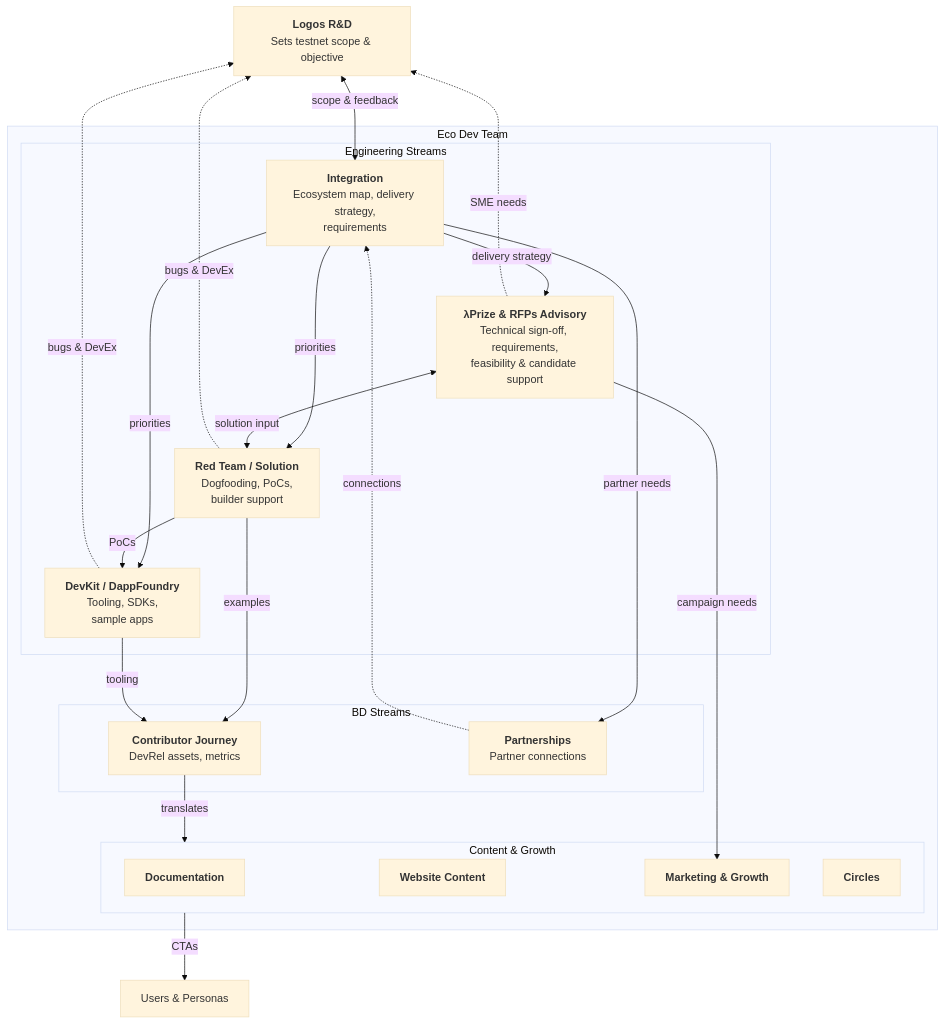
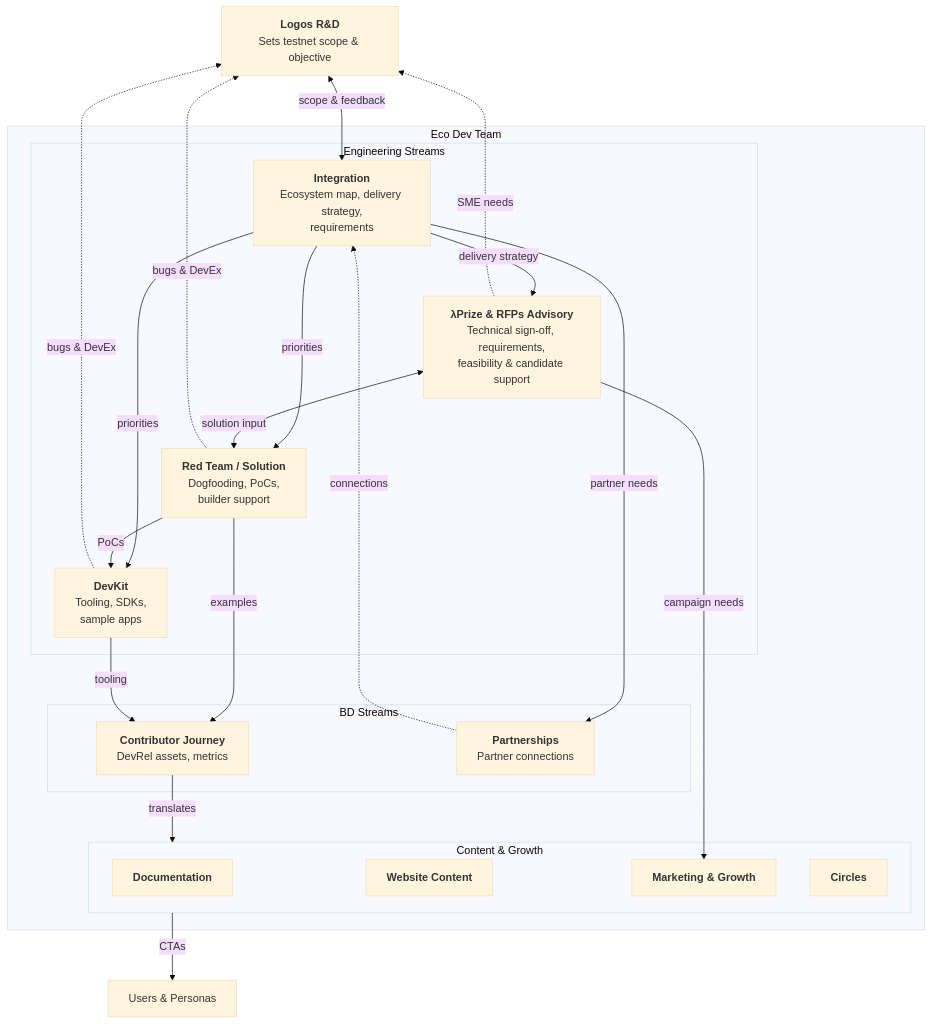
One commit to logos-co/ecosystem changed the second of 2 diagrams in content/index.md. Above: the diagram before and after it, drawn with Mermaid (base theme). The commit also changed other lines of this file and 4 other files, not shown here.

````diff
--- a/content/index.md
+++ b/content/index.md
@@ -197,39 +197,39 @@
 ```mermaid
 flowchart TB
     RD["<b>Logos R&D</b><br/>Sets testnet scope & objective"]
         subgraph ecodev["Eco Dev Team"]
         subgraph eng["Engineering Streams"]
             INT["<b>Integration</b><br/>Ecosystem map, delivery strategy,<br/>requirements"]
             XP["<b>λPrize & RFPs Advisory</b><br/>Technical sign-off, requirements,<br/>feasibility & candidate support"]
             RT["<b>Red Team / Solution</b><br/>Dogfooding, PoCs,<br/>builder support"]
-            DK["<b>DevKit / DappFoundry</b><br/>Tooling, SDKs,<br/>sample apps"]
+            DK["<b>DevKit</b><br/>Tooling, SDKs,<br/>sample apps"]
         end
         subgraph bd["BD Streams"]
             CJ["<b>Contributor Journey</b><br/>DevRel assets, metrics"]
             BDP["<b>Partnerships</b><br/>Partner connections"]
         end
         subgraph content["Content & Growth"]
             DOC["<b>Documentation</b>"]
             WEB["<b>Website Content</b>"]
             MG["<b>Marketing & Growth</b>"]
             CI["<b>Circles</b>"]
         end
     end
 
     RD <-->|"scope & feedback"| INT
     INT -->|"delivery strategy"| XP
     INT -->|"priorities"| RT
     INT -->|"priorities"| DK
     INT -->|"partner needs"| BDP
     XP <-->|"solution input"| RT
     XP -->|"campaign needs"| MG
     RT -->|"PoCs"| DK
     RT -->|"examples"| CJ
     DK -->|"tooling"| CJ
     CJ -->|"translates"| content
     BDP -.->|"connections"| INT
     RT -.->|"bugs & DevEx"| RD
     DK -.->|"bugs & DevEx"| RD
     XP -.->|"SME needs"| RD
     content -->|"CTAs"| USERS["Users & Personas"]
 ```
````
